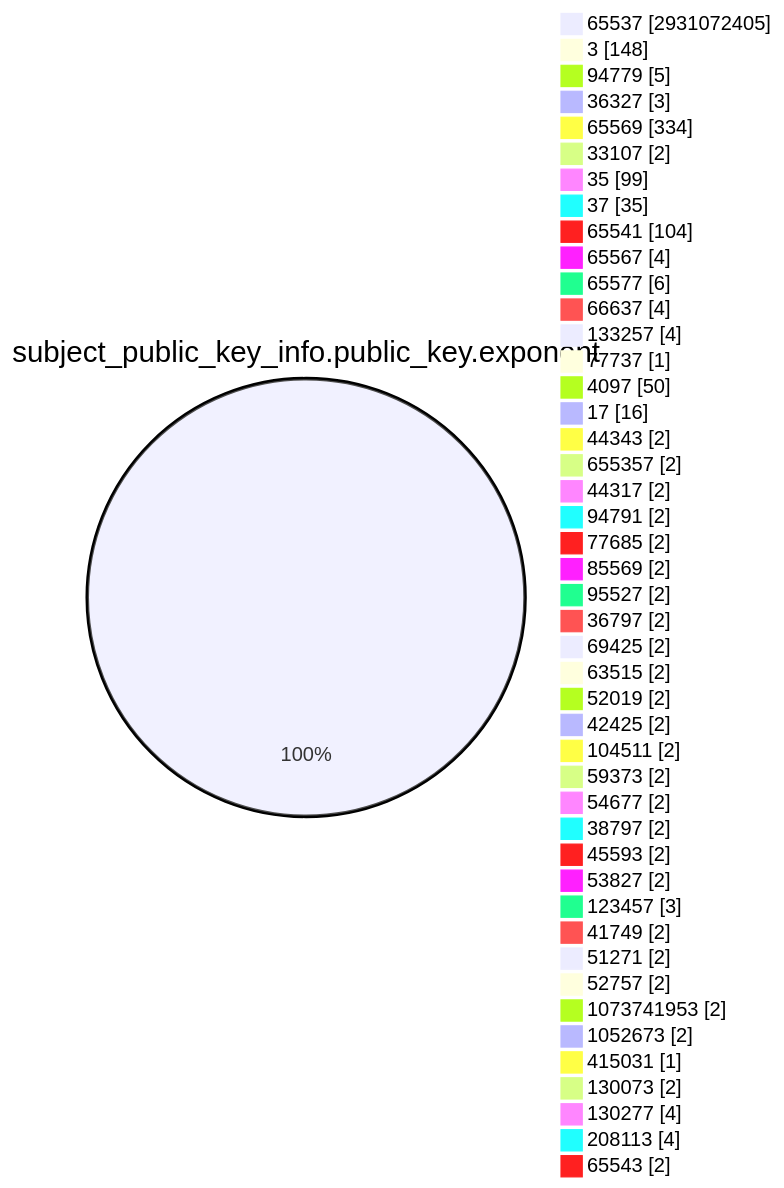
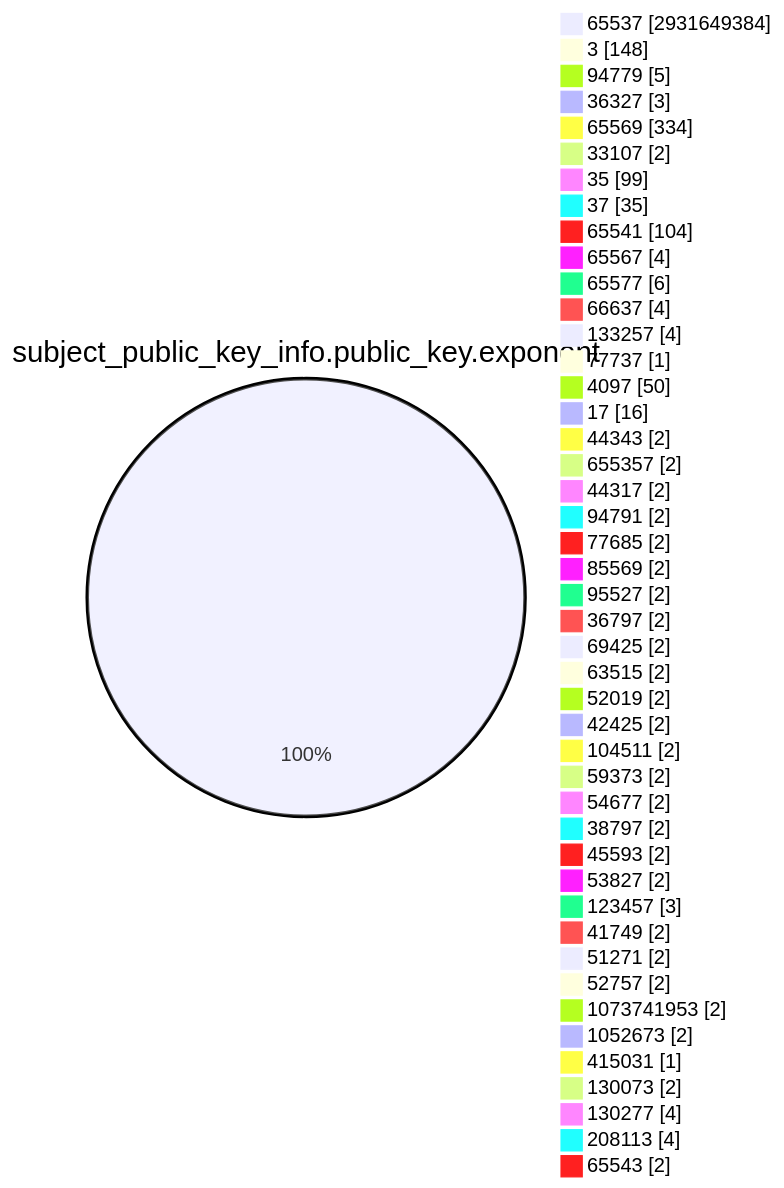
Before and after one commit to christiankrug/ctmonitor_visualization: the fourth of 15 diagrams in TOTAL/README.md, drawn with Mermaid. The commit also changed other lines of this file, not shown here.

````diff
--- a/TOTAL/README.md
+++ b/TOTAL/README.md
@@ -1470,49 +1470,49 @@
 ```mermaid
 pie showData
 title subject_public_key_info.public_key.exponent
-"65537" :2931072405
+"65537" :2931649384
 "3" :148
 "94779" :5
 "36327" :3
 "65569" :334
 "33107" :2
 "35" :99
 "37" :35
 "65541" :104
 "65567" :4
 "65577" :6
 "66637" :4
 "133257" :4
 "77737" :1
 "4097" :50
 "17" :16
 "44343" :2
 "655357" :2
 "44317" :2
 "94791" :2
 "77685" :2
 "85569" :2
 "95527" :2
 "36797" :2
 "69425" :2
 "63515" :2
 "52019" :2
 "42425" :2
 "104511" :2
 "59373" :2
 "54677" :2
 "38797" :2
 "45593" :2
 "53827" :2
 "123457" :3
 "41749" :2
 "51271" :2
 "52757" :2
 "1073741953" :2
 "1052673" :2
 "415031" :1
 "130073" :2
 "130277" :4
 "208113" :4
 "65543" :2
 ```
````
